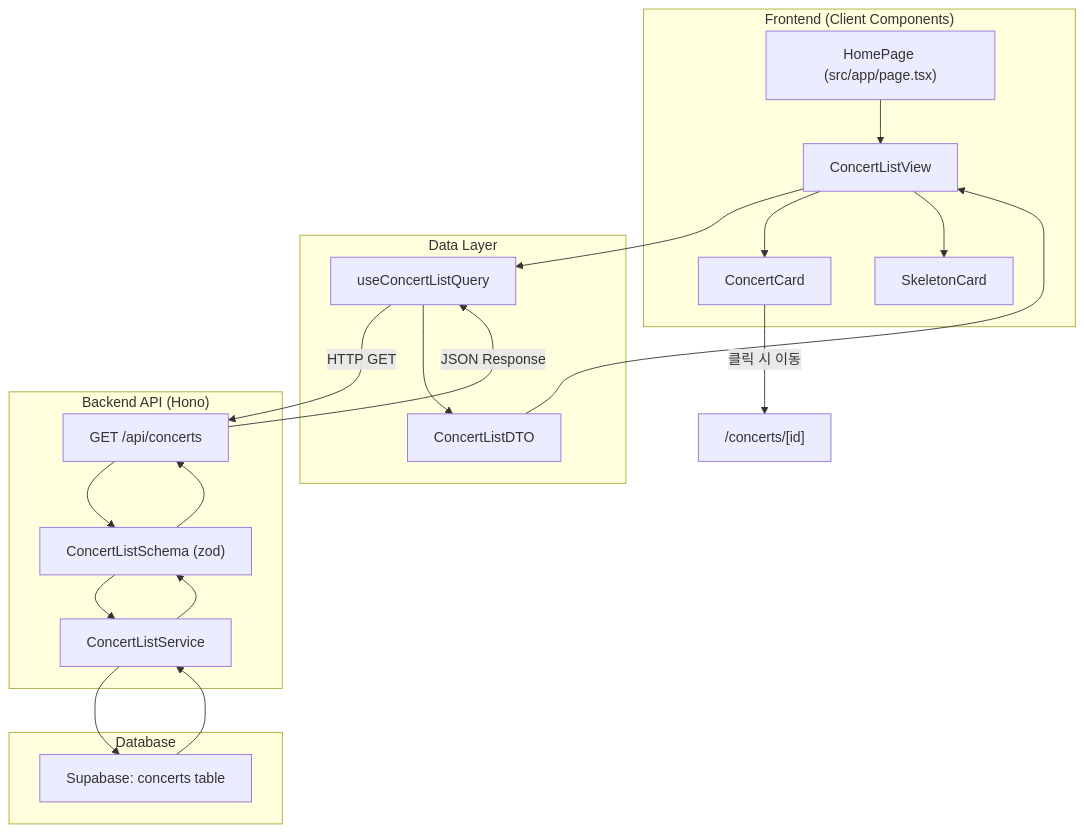
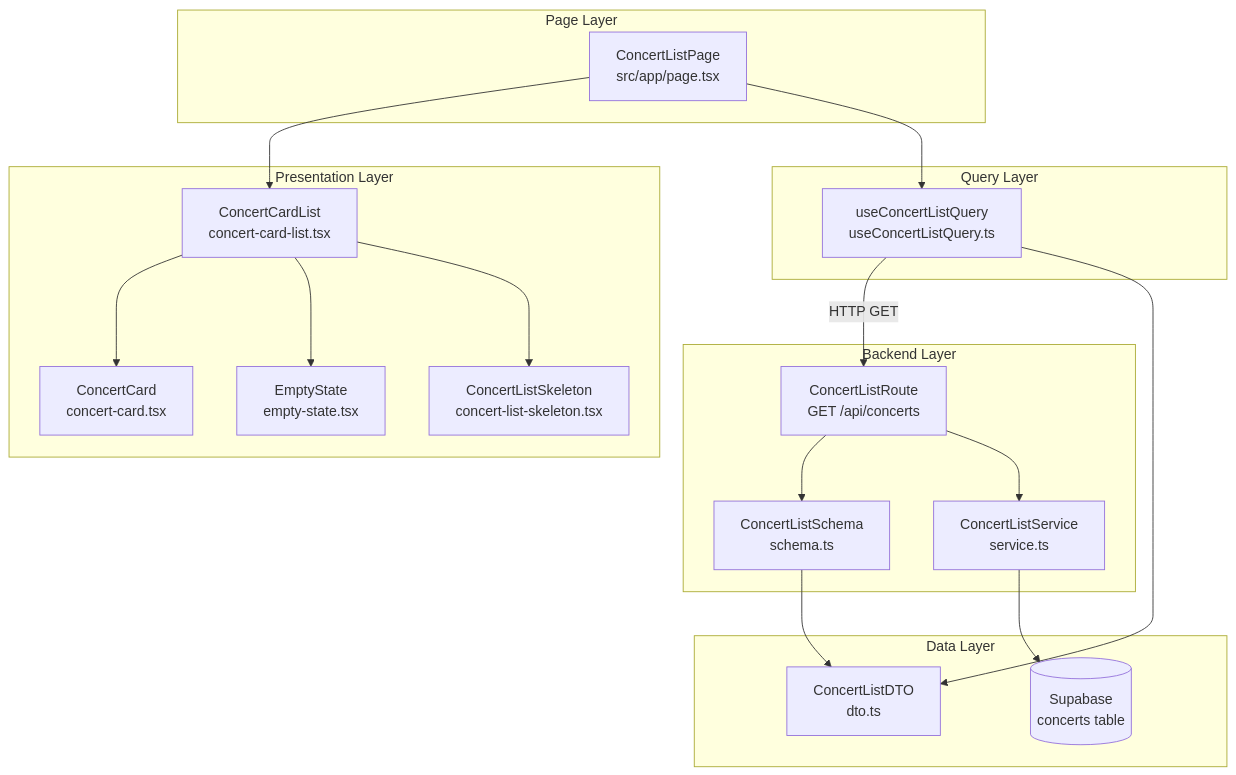
The first of 2 diagrams in docs/pages/home/plan.md (dasanworld/ConcertReserve), drawn with Mermaid before and after one commit. The commit also changed other lines of this file and 1 other file, not shown here.

First line of the commit message:
docs: update home page plan for concert reservation system

````diff
--- a/docs/pages/home/plan.md
+++ b/docs/pages/home/plan.md
@@ -25,40 +51,40 @@
 ```mermaid
 graph TB
-  subgraph "Frontend (Client Components)"
-    HomePage["HomePage (src/app/page.tsx)"]
-    ConcertListView["ConcertListView"]
-    ConcertCard["ConcertCard"]
-    SkeletonCard["SkeletonCard"]
-  end
+    subgraph "Page Layer"
+        Page[ConcertListPage<br/>src/app/page.tsx]
+    end
 
-  subgraph "Data Layer"
-    ConcertListQuery["useConcertListQuery"]
-    ConcertListDTO["ConcertListDTO"]
-  end
+    subgraph "Presentation Layer"
+        CardList[ConcertCardList<br/>concert-card-list.tsx]
+        Card[ConcertCard<br/>concert-card.tsx]
+        Empty[EmptyState<br/>empty-state.tsx]
+        Skeleton[ConcertListSkeleton<br/>concert-list-skeleton.tsx]
+    end
 
-  subgraph "Backend API (Hono)"
-    ConcertListRoute["GET /api/concerts"]
-    ConcertListService["ConcertListService"]
-    ConcertListSchema["ConcertListSchema (zod)"]
-  end
+    subgraph "Query Layer"
+        Hook[useConcertListQuery<br/>useConcertListQuery.ts]
+    end
 
-  subgraph "Database"
-    Supabase["Supabase: concerts table"]
-  end
+    subgraph "Backend Layer"
+        Route[ConcertListRoute<br/>GET /api/concerts]
+        Service[ConcertListService<br/>service.ts]
+        Schema[ConcertListSchema<br/>schema.ts]
+    end
 
-  HomePage --> ConcertListView
-  ConcertListView --> ConcertListQuery
-  ConcertListQuery --> |HTTP GET| ConcertListRoute
-  ConcertListRoute --> ConcertListSchema
-  ConcertListSchema --> ConcertListService
-  ConcertListService --> Supabase
-  Supabase --> ConcertListService
-  ConcertListService --> ConcertListSchema
-  ConcertListSchema --> ConcertListRoute
-  ConcertListRoute --> |JSON Response| ConcertListQuery
-  ConcertListQuery --> ConcertListDTO
-  ConcertListDTO --> ConcertListView
-  ConcertListView --> ConcertCard
-  ConcertListView --> SkeletonCard
-  ConcertCard --> |클릭 시 이동| ConcertDetailPage["/concerts/[id]"]
+    subgraph "Data Layer"
+        DTO[ConcertListDTO<br/>dto.ts]
+        Supabase[(Supabase<br/>concerts table)]
+    end
+
+    Page --> CardList
+    Page --> Hook
+    CardList --> Card
+    CardList --> Empty
+    CardList --> Skeleton
+    Hook --> |HTTP GET| Route
+    Hook --> DTO
+    Route --> Schema
+    Route --> Service
+    Service --> Supabase
+    Schema --> DTO
 ```
````
